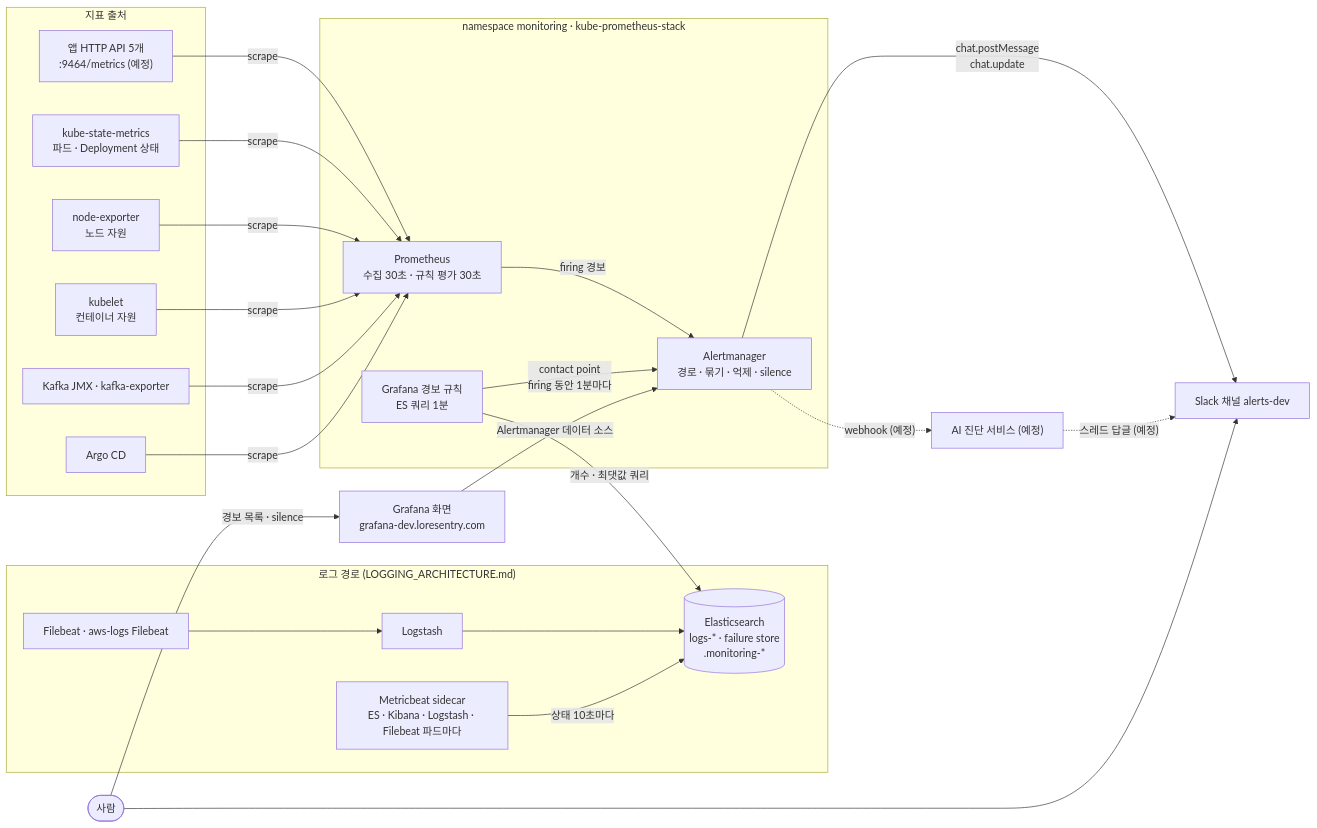
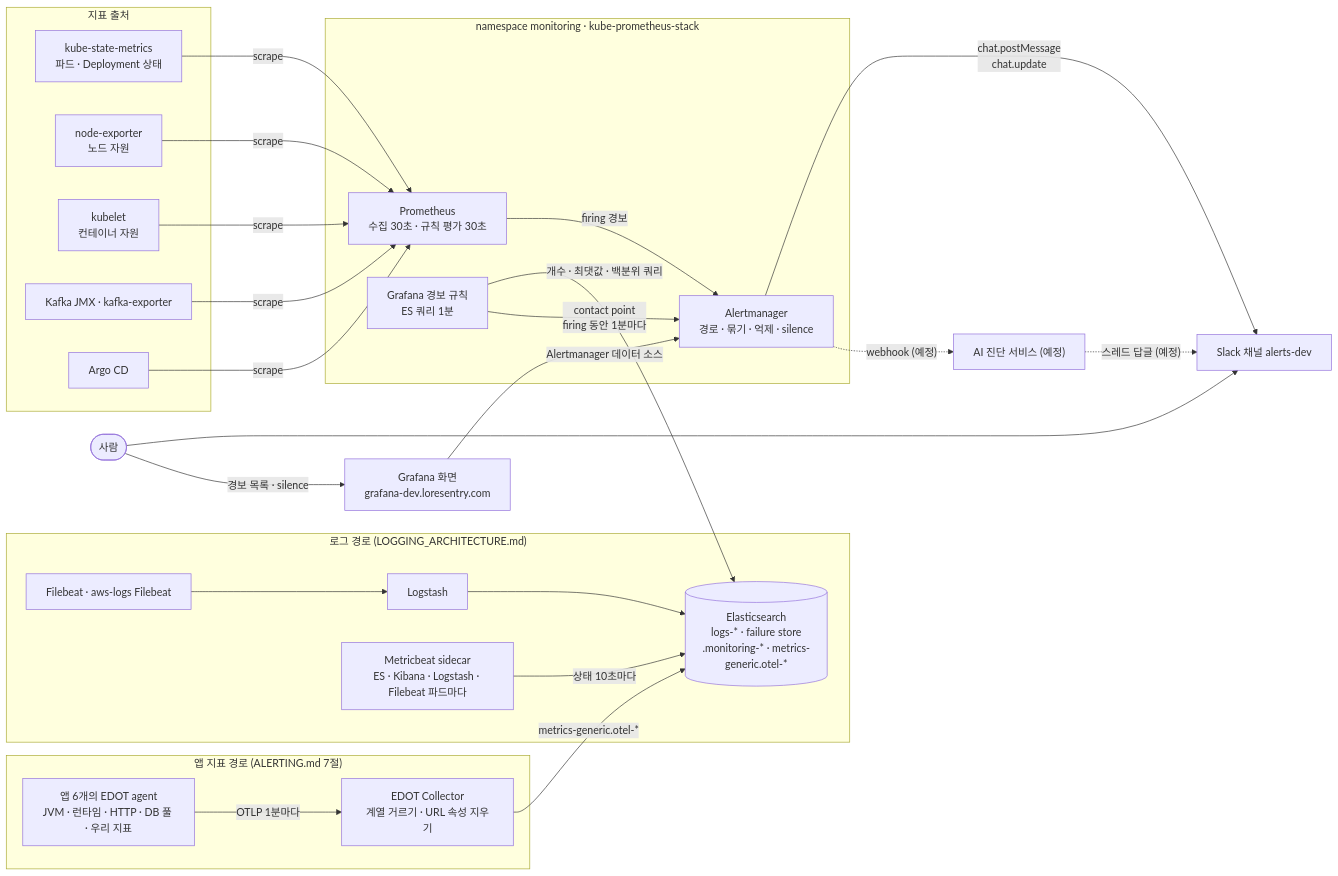
One commit to soma-lorekeeper/docs changed the first of 10 diagrams in ALERTING_ARCHITECTURE.md. Above: the diagram before and after it, drawn with Mermaid. The commit also changed other lines of this file and 5 other files, not shown here.

First line of the commit message:
Bring the other docs in line with the live app metrics

````diff
--- a/ALERTING_ARCHITECTURE.md
+++ b/ALERTING_ARCHITECTURE.md
@@ -23,34 +27,39 @@
 ```mermaid
 flowchart LR
   subgraph SRC["지표 출처"]
-    APP["앱 HTTP API 5개<br/>:9464/metrics (예정)"]
     KSM["kube-state-metrics<br/>파드 · Deployment 상태"]
     NE["node-exporter<br/>노드 자원"]
     KUBELET["kubelet<br/>컨테이너 자원"]
     KAFKA["Kafka JMX · kafka-exporter"]
     ARGO["Argo CD"]
   end
 
+  subgraph APPM["앱 지표 경로 (ALERTING.md 7절)"]
+    APP["앱 6개의 EDOT agent<br/>JVM · 런타임 · HTTP · DB 풀 · 우리 지표"] -->|"OTLP 1분마다"| COL["EDOT Collector<br/>계열 거르기 · URL 속성 지우기"]
+  end
+
   subgraph LOGS["로그 경로 (LOGGING_ARCHITECTURE.md)"]
-    FB["Filebeat · aws-logs Filebeat"] --> LS["Logstash"] --> ES[("Elasticsearch<br/>logs-* · failure store<br/>.monitoring-*")]
+    FB["Filebeat · aws-logs Filebeat"] --> LS["Logstash"] --> ES[("Elasticsearch<br/>logs-* · failure store<br/>.monitoring-* · metrics-generic.otel-*")]
     MB["Metricbeat sidecar<br/>ES · Kibana · Logstash · Filebeat 파드마다"] -->|"상태 10초마다"| ES
   end
+
+  COL -->|"metrics-generic.otel-*"| ES
 
   subgraph MON["namespace monitoring · kube-prometheus-stack"]
     PROM["Prometheus<br/>수집 30초 · 규칙 평가 30초"]
     GRAF["Grafana 경보 규칙<br/>ES 쿼리 1분"]
     AM["Alertmanager<br/>경로 · 묶기 · 억제 · silence"]
   end
 
-  APP & KSM & NE & KUBELET & KAFKA & ARGO -->|scrape| PROM
-  GRAF -->|"개수 · 최댓값 쿼리"| ES
+  KSM & NE & KUBELET & KAFKA & ARGO -->|scrape| PROM
+  GRAF -->|"개수 · 최댓값 · 백분위 쿼리"| ES
   PROM -->|"firing 경보"| AM
   GRAF -->|"contact point<br/>firing 동안 1분마다"| AM
   AM -->|"chat.postMessage<br/>chat.update"| SLACK["Slack 채널 alerts-dev"]
   AM -.->|"webhook (예정)"| DIAG["AI 진단 서비스 (예정)"]
   DIAG -.->|"스레드 답글 (예정)"| SLACK
 
   USER(["사람"]) --> SLACK
   USER -->|"경보 목록 · silence"| GUI["Grafana 화면<br/>grafana-dev.loresentry.com"]
   GUI -->|"Alertmanager 데이터 소스"| AM
 ```
````
